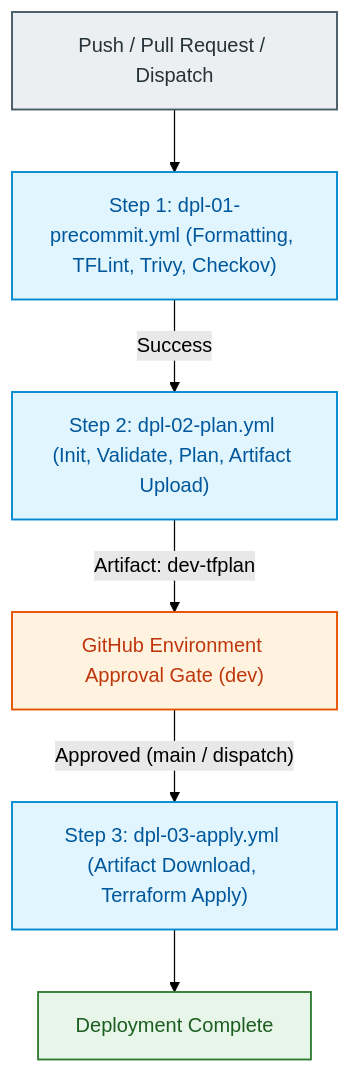
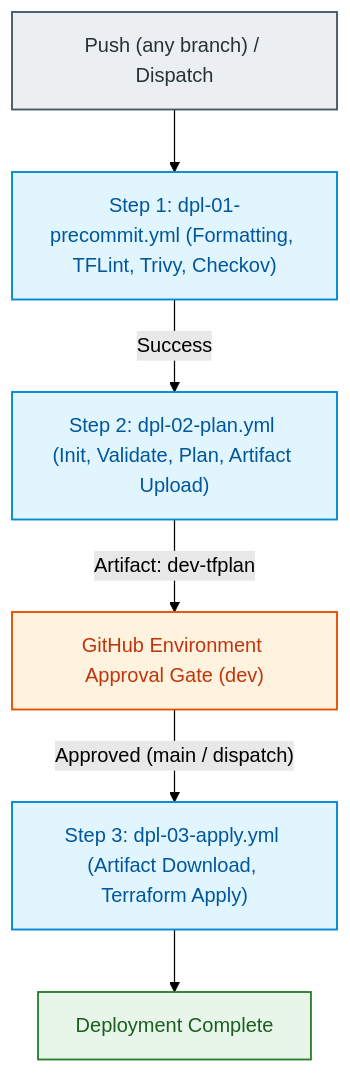
The first of 2 diagrams in .github/workflows/README.md (MikolajSedek/databricks_aws_deployment_02_identity_management), drawn with Mermaid (forest theme) before and after one commit. The commit also changed other lines of this file and 1 other file, not shown here.

Commit message:
fix deploy-dev.yml to run precommit and plan on any branch

````diff
--- a/.github/workflows/README.md
+++ b/.github/workflows/README.md
@@ -29,20 +29,20 @@
 ```mermaid
 flowchart TD
     classDef trigger fill:#ECEFF1,stroke:#455A64,stroke-width:1.5px,color:#263238;
     classDef stage fill:#E1F5FE,stroke:#0288D1,stroke-width:1.5px,color:#01579B;
     classDef gate fill:#FFF3E0,stroke:#E65100,stroke-width:1.5px,color:#BF360C;
     classDef finish fill:#E8F5E9,stroke:#2E7D32,stroke-width:1.5px,color:#1B5E20;
 
-    Trigger["Push / Pull Request / Dispatch"]:::trigger
+    Trigger["Push (any branch) / Dispatch"]:::trigger
     Stage1["Step 1: dpl-01-precommit.yml (Formatting, TFLint, Trivy, Checkov)"]:::stage
     Stage2["Step 2: dpl-02-plan.yml (Init, Validate, Plan, Artifact Upload)"]:::stage
     Gate["GitHub Environment Approval Gate (dev)"]:::gate
     Stage3["Step 3: dpl-03-apply.yml (Artifact Download, Terraform Apply)"]:::stage
     Done["Deployment Complete"]:::finish
 
     Trigger --> Stage1
     Stage1 -->|"Success"| Stage2
     Stage2 -->|"Artifact: dev-tfplan"| Gate
     Gate -->|"Approved (main / dispatch)"| Stage3
     Stage3 --> Done
 ```
````
